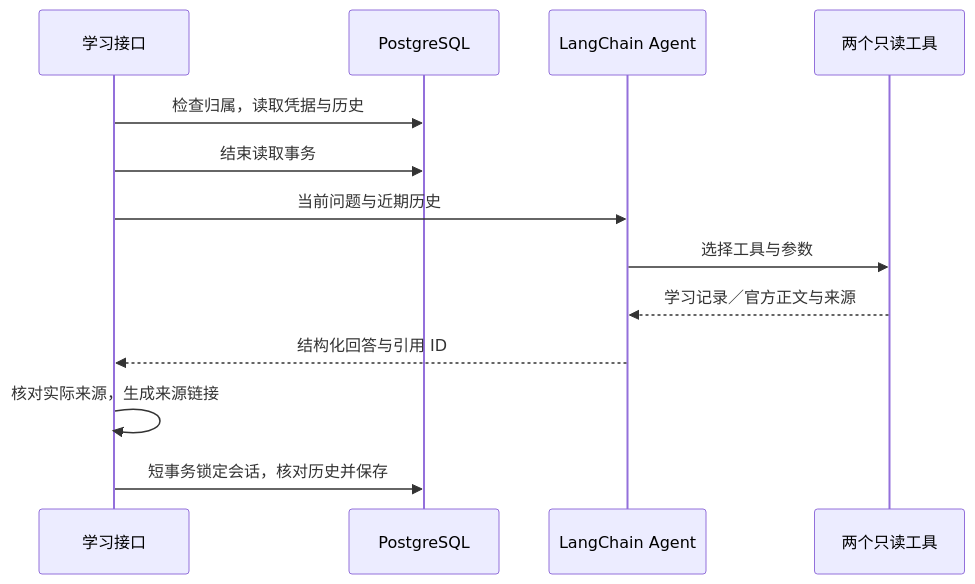
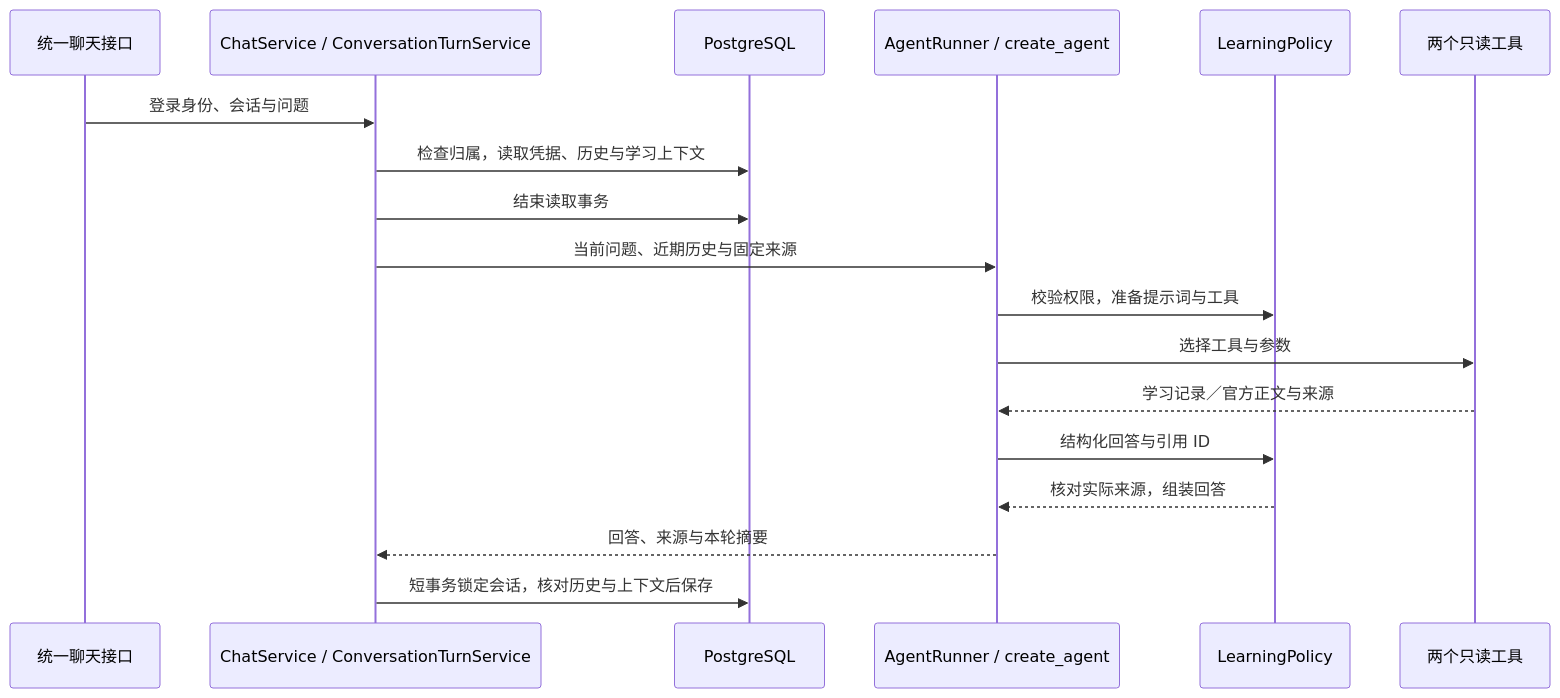
One commit to byxsssn/ai-workspace changed the diagram in docs/learning-agent.md. Above: the diagram before and after it, drawn with Mermaid. The commit also changed other lines of this file and 33 other files, not shown here.

````diff
--- a/docs/learning-agent.md
+++ b/docs/learning-agent.md
@@ -81,15 +86,20 @@
 ```mermaid
 sequenceDiagram
-    participant API as 学习接口
+    participant API as 统一聊天接口
+    participant Turn as ChatService / ConversationTurnService
     participant DB as PostgreSQL
-    participant Agent as LangChain Agent
+    participant Agent as AgentRunner / create_agent
+    participant Policy as LearningPolicy
     participant Tool as 两个只读工具
-    API->>DB: 检查归属，读取凭据与历史
-    API->>DB: 结束读取事务
-    API->>Agent: 当前问题与近期历史
+    API->>Turn: 登录身份、会话与问题
+    Turn->>DB: 检查归属，读取凭据、历史与学习上下文
+    Turn->>DB: 结束读取事务
+    Turn->>Agent: 当前问题、近期历史与固定来源
+    Agent->>Policy: 校验权限，准备提示词与工具
     Agent->>Tool: 选择工具与参数
     Tool-->>Agent: 学习记录／官方正文与来源
-    Agent-->>API: 结构化回答与引用 ID
-    API->>API: 核对实际来源，生成来源链接
-    API->>DB: 短事务锁定会话，核对历史并保存
+    Agent->>Policy: 结构化回答与引用 ID
+    Policy-->>Agent: 核对实际来源，组装回答
+    Agent-->>Turn: 回答、来源与本轮摘要
+    Turn->>DB: 短事务锁定会话，核对历史与上下文后保存
 ```
````
